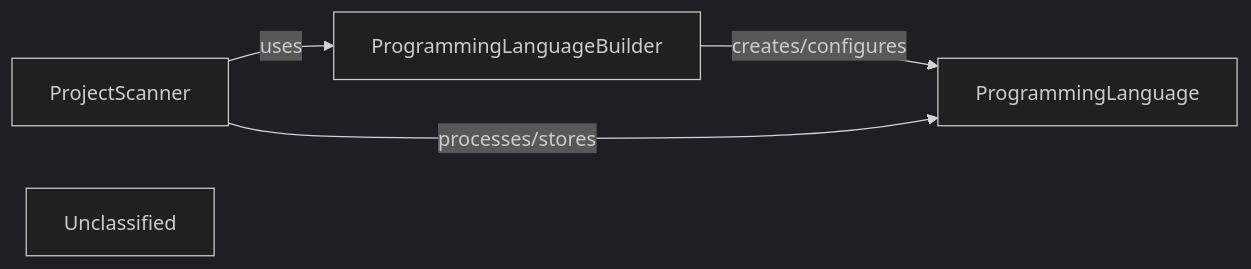
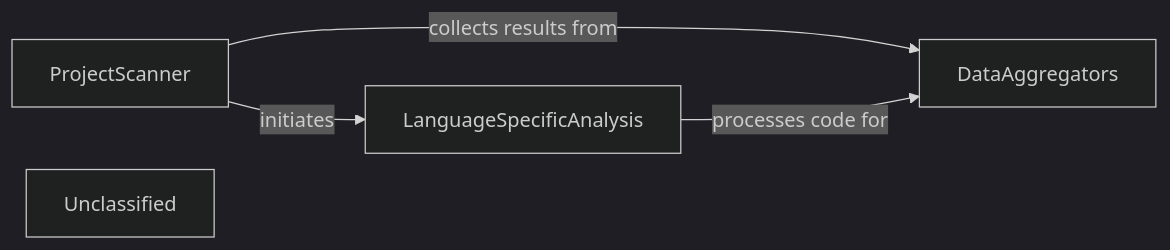
The diagram in .codeboarding/Static_Analysis_Engine.md (CodeBoarding/CodeBoarding), drawn with Mermaid (dark theme) before and after one commit. The commit also changed other lines of this file and 25 other files, not shown here.

First line of the commit message:
docs: update codeboarding documentation and generate architecture

````diff
--- a/.codeboarding/Static_Analysis_Engine.md
+++ b/.codeboarding/Static_Analysis_Engine.md
@@ -1,10 +1,10 @@
 ```mermaid
 graph LR
     ProjectScanner["ProjectScanner"]
-    ProgrammingLanguageBuilder["ProgrammingLanguageBuilder"]
-    ProgrammingLanguage["ProgrammingLanguage"]
+    LanguageSpecificAnalysis["LanguageSpecificAnalysis"]
+    DataAggregators["DataAggregators"]
     Unclassified["Unclassified"]
-    ProjectScanner -- "uses" --> ProgrammingLanguageBuilder
-    ProgrammingLanguageBuilder -- "creates/configures" --> ProgrammingLanguage
-    ProjectScanner -- "processes/stores" --> ProgrammingLanguage
+    ProjectScanner -- "initiates" --> LanguageSpecificAnalysis
+    ProjectScanner -- "collects results from" --> DataAggregators
+    LanguageSpecificAnalysis -- "processes code for" --> DataAggregators
 ```
````
